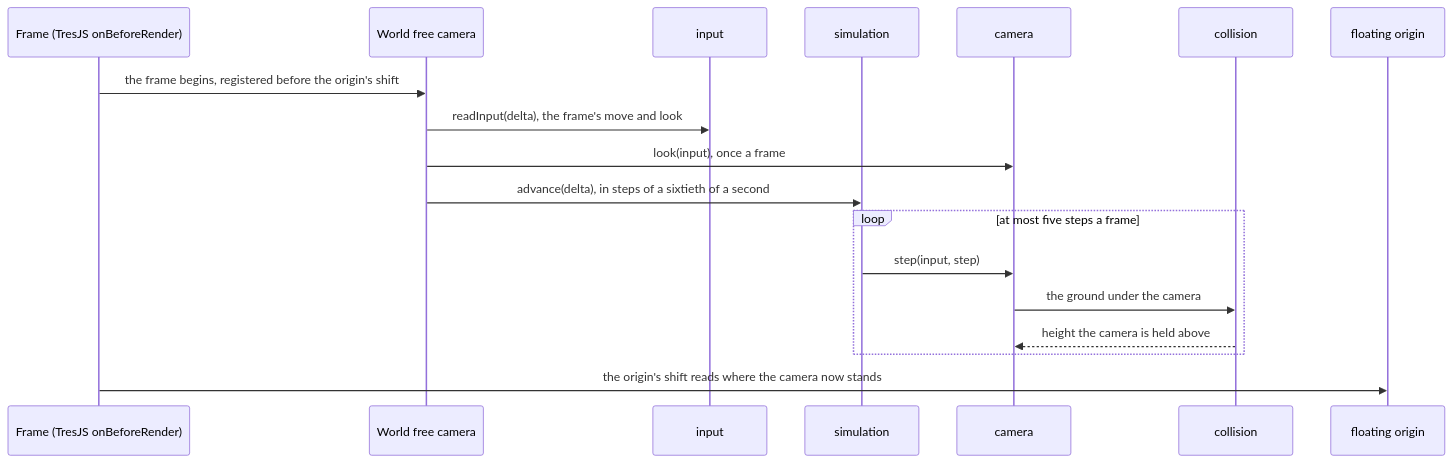
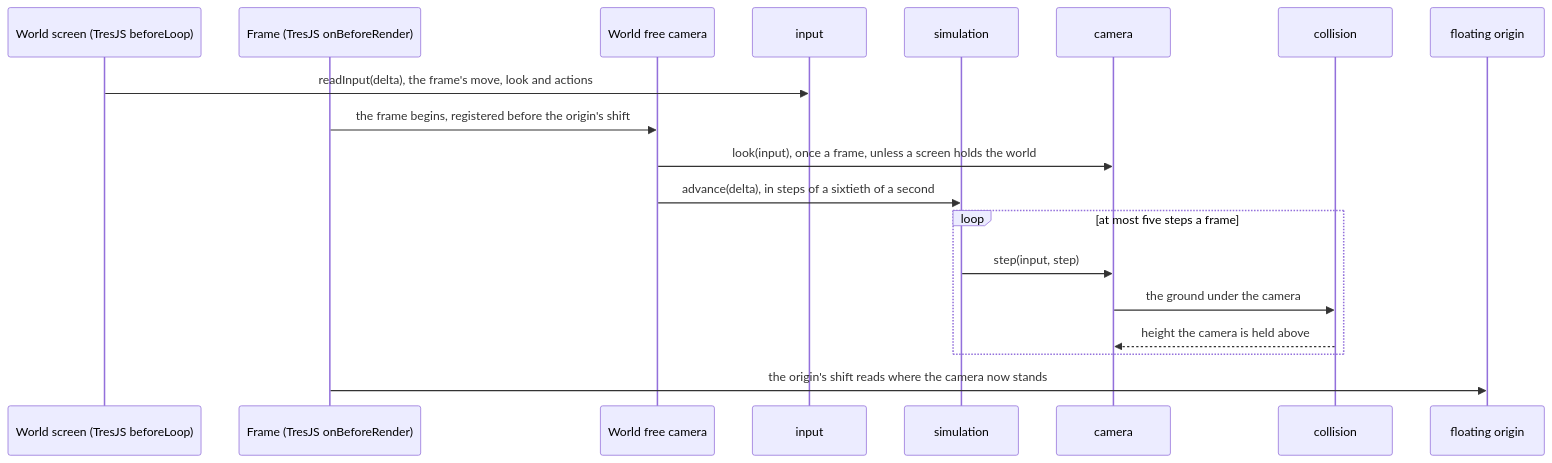
One commit to Esposter/Esposter changed the diagram in apps/web/content/docs/genshin/free-camera.md. Above: the diagram before and after it, drawn with Mermaid. The commit also changed other lines of this file and 4 other files, not shown here.

````diff
--- a/apps/web/content/docs/genshin/free-camera.md
+++ b/apps/web/content/docs/genshin/free-camera.md
@@ -10,20 +10,21 @@
 ```mermaid
 sequenceDiagram
+  participant WS as World screen (TresJS beforeLoop)
   participant F as Frame (TresJS onBeforeRender)
   participant FC as World free camera
   participant IN as input
   participant SIM as simulation
   participant CAM as camera
   participant CL as collision
   participant FO as floating origin
+  WS->>IN: readInput(delta), the frame's move, look and actions
   F->>FC: the frame begins, registered before the origin's shift
-  FC->>IN: readInput(delta), the frame's move and look
-  FC->>CAM: look(input), once a frame
+  FC->>CAM: look(input), once a frame, unless a screen holds the world
   FC->>SIM: advance(delta), in steps of a sixtieth of a second
   loop at most five steps a frame
     SIM->>CAM: step(input, step)
     CAM->>CL: the ground under the camera
     CL-->>CAM: height the camera is held above
   end
   F->>FO: the origin's shift reads where the camera now stands
 ```
````
